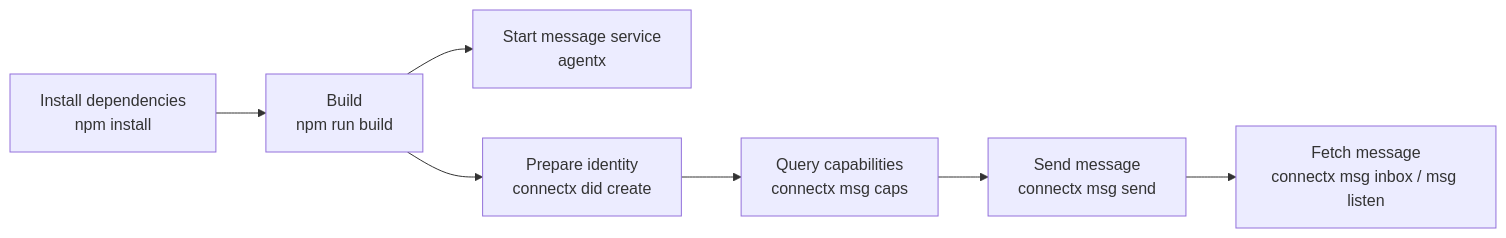
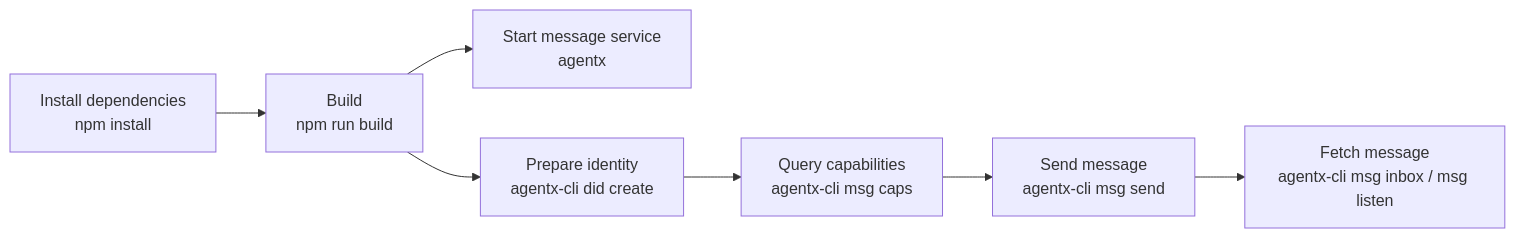
Before and after one commit to eccstartup/anpio-cli: the diagram in vercel/en/guide/quickstart.md, drawn with Mermaid. The commit also changed other lines of this file and 17 other files, not shown here.

First line of the commit message:
docs(site): the guides teach agentx-cli now, not connectx

````diff
--- a/vercel/en/guide/quickstart.md
+++ b/vercel/en/guide/quickstart.md
@@ -10,9 +10,9 @@
 ```mermaid
 flowchart LR
   A["Install dependencies<br/>npm install"] --> B["Build<br/>npm run build"]
   B --> C["Start message service<br/>agentx"]
-  B --> D["Prepare identity<br/>connectx did create"]
-  D --> E["Query capabilities<br/>connectx msg caps"]
-  E --> F["Send message<br/>connectx msg send"]
-  F --> G["Fetch message<br/>connectx msg inbox / msg listen"]
+  B --> D["Prepare identity<br/>agentx-cli did create"]
+  D --> E["Query capabilities<br/>agentx-cli msg caps"]
+  E --> F["Send message<br/>agentx-cli msg send"]
+  F --> G["Fetch message<br/>agentx-cli msg inbox / msg listen"]
 ```
````
